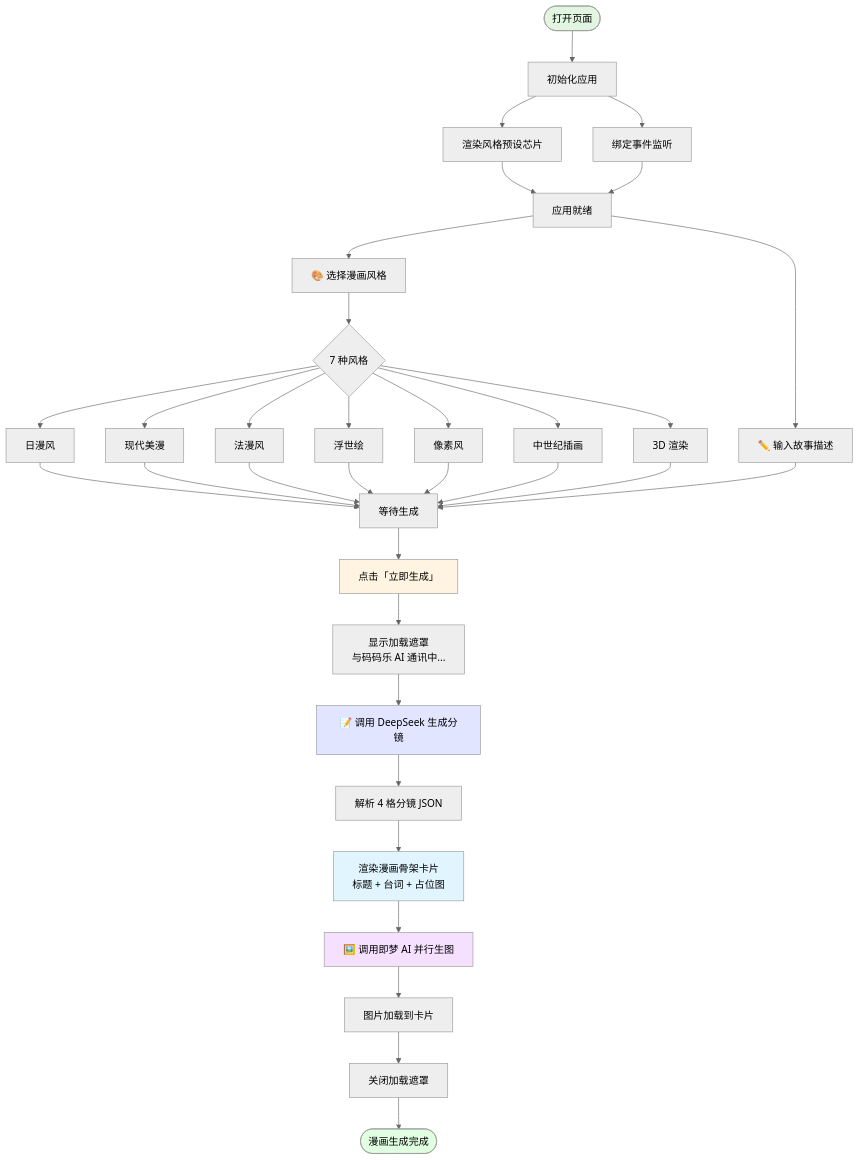
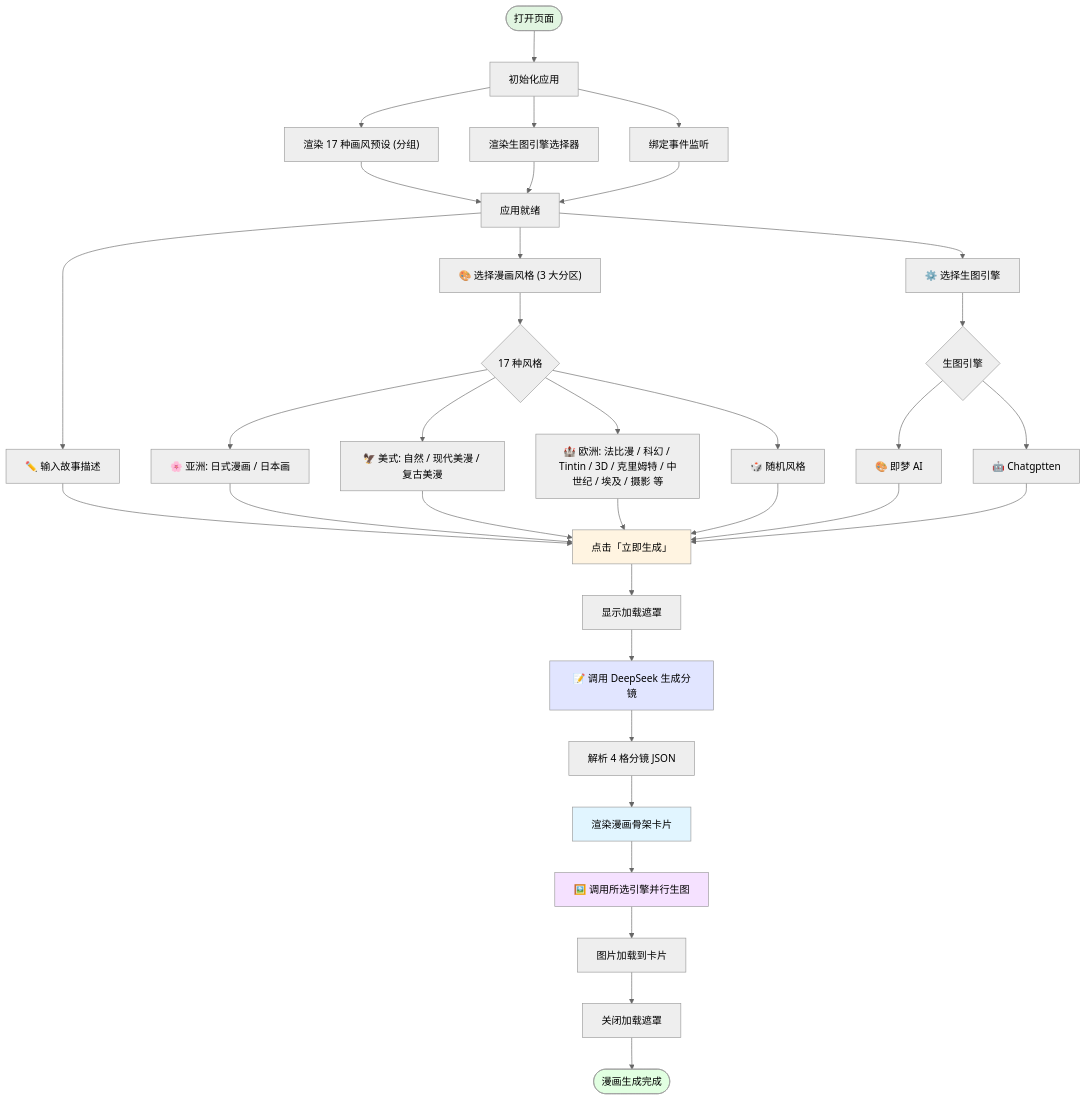
The first of 4 diagrams in 项目/待完成项目/生成漫画/docs/工作流程图.md (gersy0716-cloud/CompanyMAMALE), drawn with Mermaid (neutral theme) before and after one commit. The commit also changed other lines of this file and 46 other files, not shown here.

````diff
--- a/项目/待完成项目/生成漫画/docs/工作流程图.md
+++ b/项目/待完成项目/生成漫画/docs/工作流程图.md
@@ -5,48 +5,49 @@
 ```mermaid
 flowchart TD
     Start([打开页面]) --> Init[初始化应用]
-    Init --> RenderPresets[渲染风格预设芯片]
+    Init --> RenderPresets["渲染 17 种画风预设 (分组)"]
+    Init --> RenderEngines[渲染生图引擎选择器]
     Init --> BindEvents[绑定事件监听]
     RenderPresets --> Ready[应用就绪]
+    RenderEngines --> Ready
     BindEvents --> Ready
 
-    Ready --> SelectStyle[🎨 选择漫画风格]
-    Ready --> InputPrompt[✏️ 输入故事描述]
+    Ready --> SelectStyle["🎨 选择漫画风格 (3 大分区)"]
+    Ready --> SelectEngine["⚙️ 选择生图引擎"]
+    Ready --> InputPrompt["✏️ 输入故事描述"]
 
-    SelectStyle --> StyleList{7 种风格}
-    StyleList --> S1[日漫风]
-    StyleList --> S2[现代美漫]
-    StyleList --> S3[法漫风]
-    StyleList --> S4[浮世绘]
-    StyleList --> S5[像素风]
-    StyleList --> S6[中世纪插画]
-    StyleList --> S7[3D 渲染]
+    SelectStyle --> StyleGroups{17 种风格}
+    StyleGroups --> GA["🌸 亚洲: 日式漫画 / 日本画"]
+    StyleGroups --> GB["🦅 美式: 自然 / 现代美漫 / 复古美漫"]
+    StyleGroups --> GC["🏰 欧洲: 法比漫 / 科幻 / Tintin / 3D / 克里姆特 / 中世纪 / 埃及 / 摄影 等"]
+    StyleGroups --> GR["🎲 随机风格"]
 
-    S1 --> WaitGenerate[等待生成]
-    S2 --> WaitGenerate
-    S3 --> WaitGenerate
-    S4 --> WaitGenerate
-    S5 --> WaitGenerate
-    S6 --> WaitGenerate
-    S7 --> WaitGenerate
+    SelectEngine --> Engines{生图引擎}
+    Engines --> E1["🎨 即梦 AI"]
+    Engines --> E2["🤖 Chatgptten"]
 
-    InputPrompt --> WaitGenerate
-    WaitGenerate --> ClickGenerate[点击「立即生成」]
+    InputPrompt --> ClickGenerate["点击「立即生成」"]
+    GA --> ClickGenerate
+    GB --> ClickGenerate
+    GC --> ClickGenerate
+    GR --> ClickGenerate
+    E1 --> ClickGenerate
+    E2 --> ClickGenerate
 
-    ClickGenerate --> ShowLoading[显示加载遮罩<br/>与码码乐 AI 通讯中...]
-    ShowLoading --> PredictPanels[📝 调用 DeepSeek 生成分镜]
-    PredictPanels --> ParseJSON[解析 4 格分镜 JSON]
-    ParseJSON --> RenderSkeleton[渲染漫画骨架卡片<br/>标题 + 台词 + 占位图]
+    ClickGenerate --> ShowLoading["显示加载遮罩"]
+    ShowLoading --> PredictPanels["📝 调用 DeepSeek 生成分镜"]
+    PredictPanels --> ParseJSON["解析 4 格分镜 JSON"]
+    ParseJSON --> RenderSkeleton["渲染漫画骨架卡片"]
 
-    RenderSkeleton --> DrawPanels[🖼️ 调用即梦 AI 并行生图]
+    RenderSkeleton --> DrawPanels["🖼️ 调用所选引擎并行生图"]
     DrawPanels --> FillImages[图片加载到卡片]
     FillImages --> HideLoading[关闭加载遮罩]
     HideLoading --> Done([漫画生成完成])
 
     style Start fill:#e1f5e1
     style Done fill:#e1ffe1
     style ClickGenerate fill:#fff4e1
     style PredictPanels fill:#e1e5ff
     style DrawPanels fill:#f5e1ff
     style RenderSkeleton fill:#e1f5ff
 ```
````
